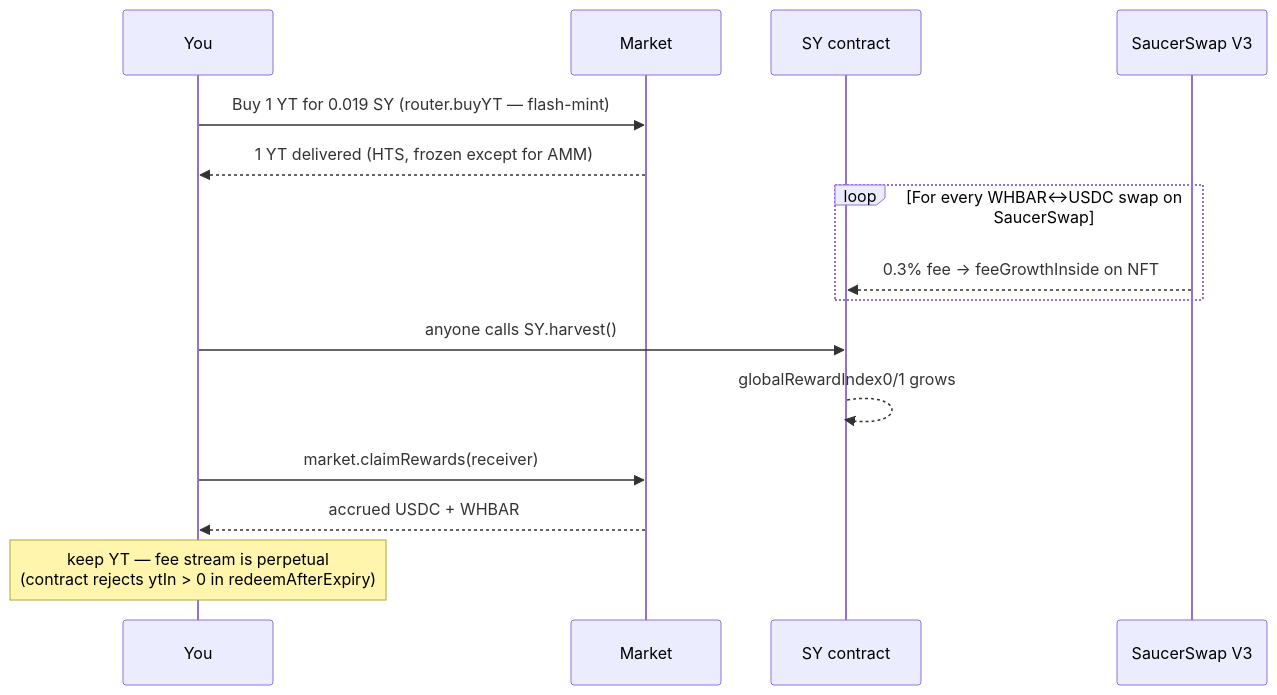
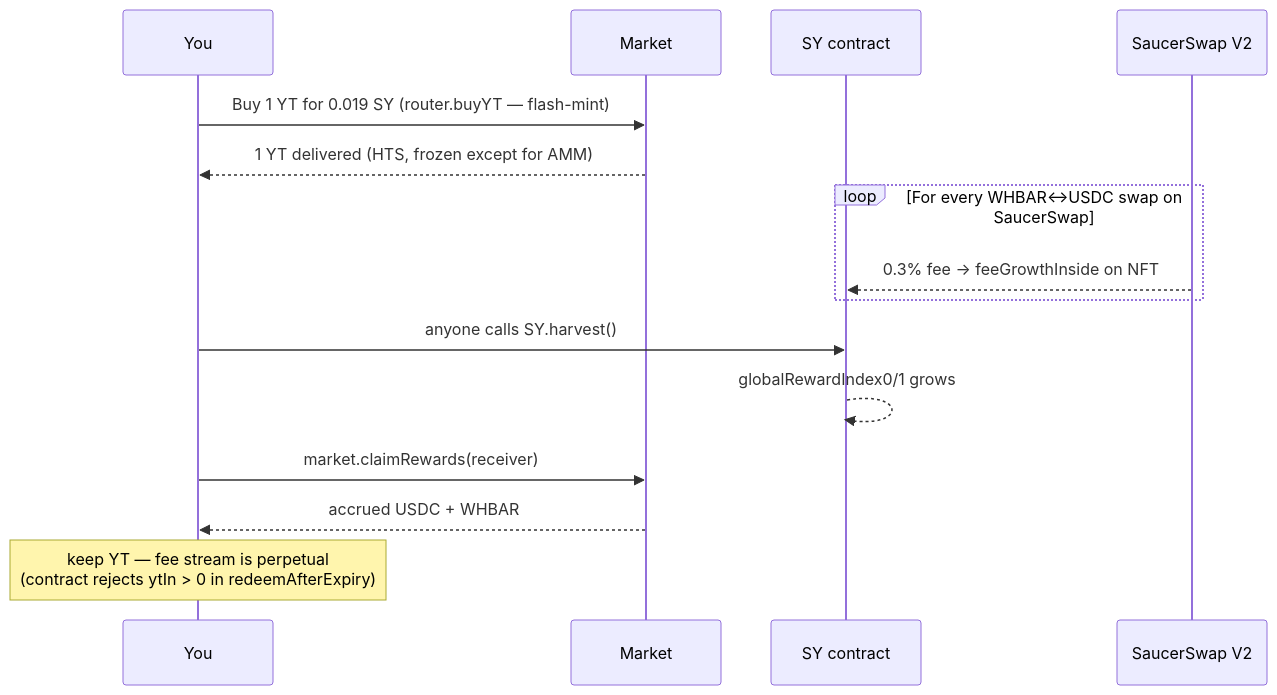
One commit to penguinpecker/fission-protocol-hedera changed the fourth of 5 diagrams in README.md. Above: the diagram before and after it, drawn with Mermaid. The commit also changed other lines of this file and 12 other files, not shown here.

First line of the commit message:
docs: rename SaucerSwap V3 → V2 across all references

````diff
--- a/README.md
+++ b/README.md
@@ -117,17 +117,17 @@
 ```mermaid
 sequenceDiagram
     participant U as You
     participant M as Market
     participant SY as SY contract
-    participant Pool as SaucerSwap V3
+    participant Pool as SaucerSwap V2
     U->>M: Buy 1 YT for 0.019 SY (router.buyYT — flash-mint)
     M-->>U: 1 YT delivered (HTS, frozen except for AMM)
     loop For every WHBAR↔USDC swap on SaucerSwap
         Pool-->>SY: 0.3% fee → feeGrowthInside on NFT
     end
     U->>SY: anyone calls SY.harvest()
     SY-->>SY: globalRewardIndex0/1 grows
     U->>M: market.claimRewards(receiver)
     M-->>U: accrued USDC + WHBAR
     Note over U: keep YT — fee stream is perpetual<br/>(contract rejects ytIn > 0 in redeemAfterExpiry)
 ```
````
